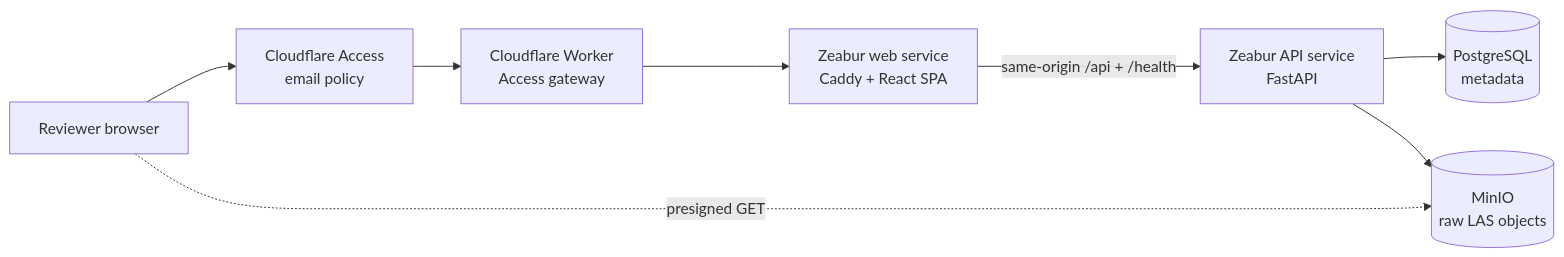
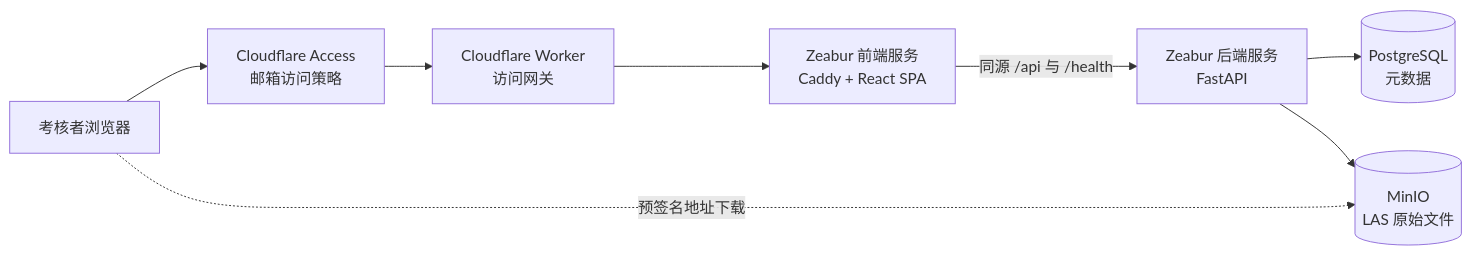
One commit to dddddkio/CloudPoint changed the diagram in README.md. Above: the diagram before and after it, drawn with Mermaid. The commit also changed other lines of this file, not shown here.

````diff
--- a/README.md
+++ b/README.md
@@ -22,10 +19,10 @@
 ```mermaid
 flowchart LR
-    Reviewer["Reviewer browser"] --> Access["Cloudflare Access<br/>email policy"]
-    Access --> Worker["Cloudflare Worker<br/>Access gateway"]
-    Worker --> Web["Zeabur web service<br/>Caddy + React SPA"]
-    Web -->|"same-origin /api + /health"| API["Zeabur API service<br/>FastAPI"]
-    API --> PG[("PostgreSQL<br/>metadata")]
-    API --> MinIO[("MinIO<br/>raw LAS objects")]
-    Reviewer -. "presigned GET" .-> MinIO
+    Reviewer["考核者浏览器"] --> Access["Cloudflare Access<br/>邮箱访问策略"]
+    Access --> Worker["Cloudflare Worker<br/>访问网关"]
+    Worker --> Web["Zeabur 前端服务<br/>Caddy + React SPA"]
+    Web -->|"同源 /api 与 /health"| API["Zeabur 后端服务<br/>FastAPI"]
+    API --> PG[("PostgreSQL<br/>元数据")]
+    API --> MinIO[("MinIO<br/>LAS 原始文件")]
+    Reviewer -. "预签名地址下载" .-> MinIO
 ```
````
